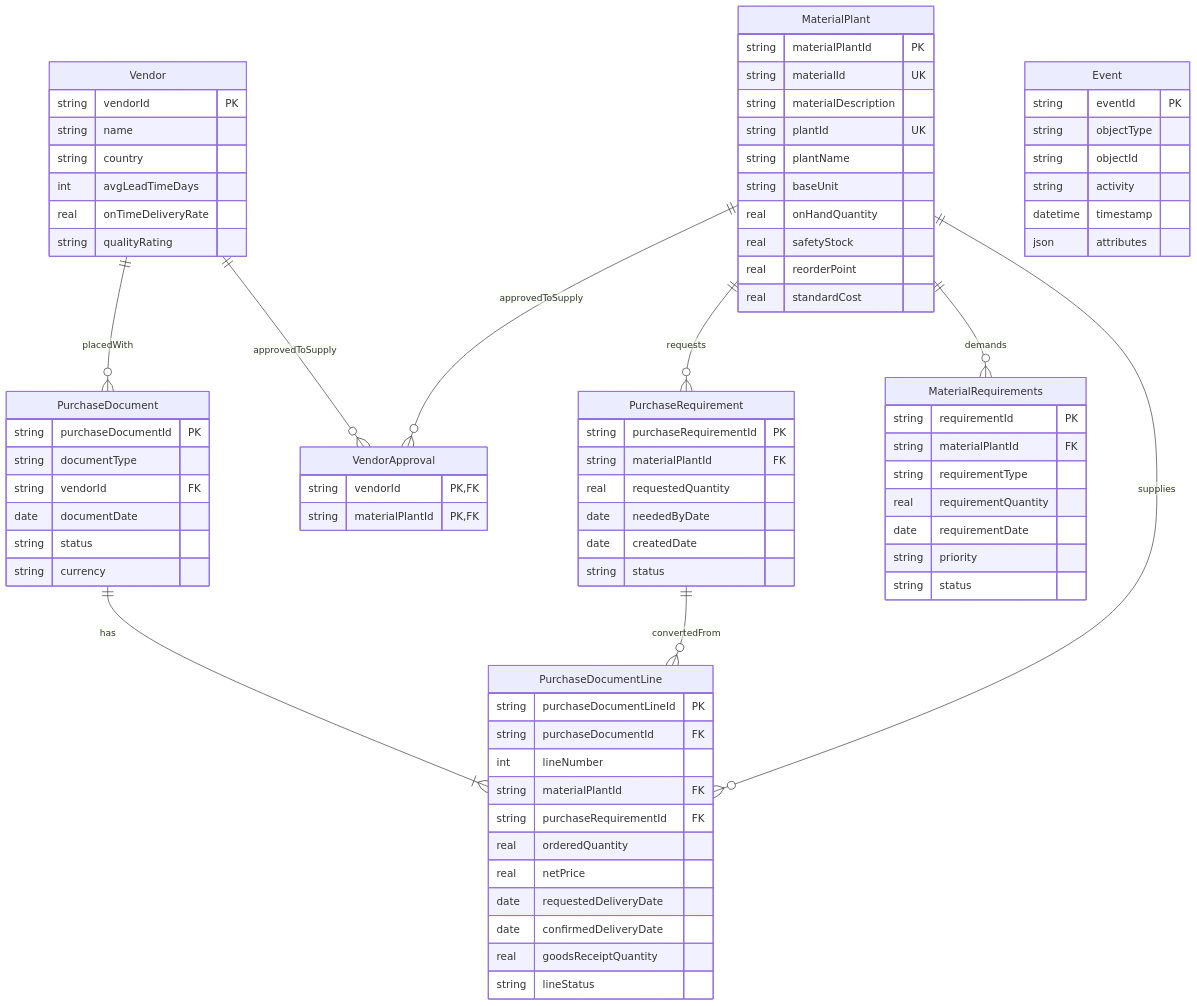
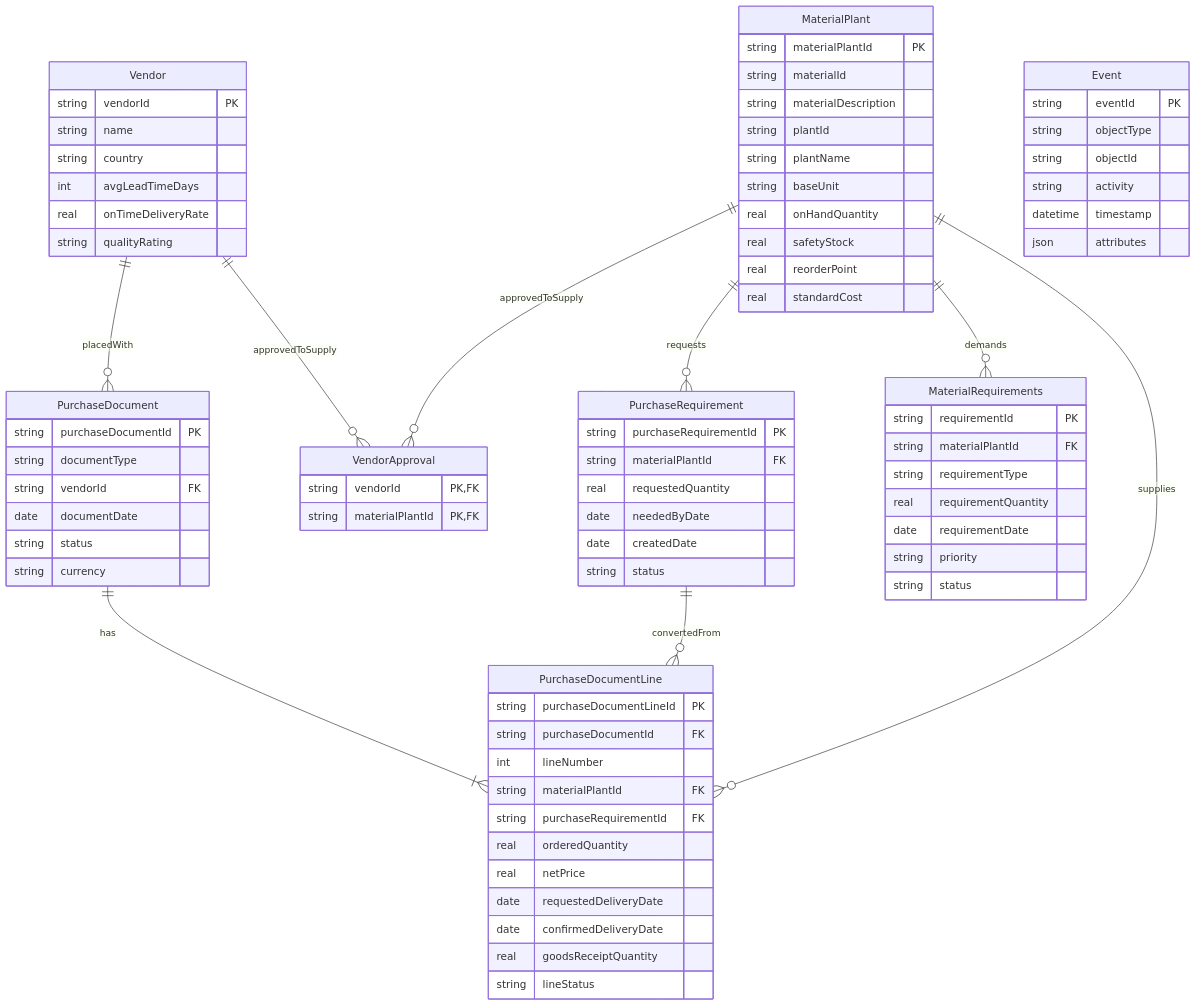
One commit to janakiram-pmt/celonis-context-engineer-janakiram changed the diagram in data-model/erd.md. Above: the diagram before and after it, drawn with Mermaid. The commit also changed other lines of this file and 3 other files, not shown here.

Commit message:
Harden relational model: FK-safe connect, schema tests, check boundary

````diff
--- a/data-model/erd.md
+++ b/data-model/erd.md
@@ -14,82 +14,82 @@
 ```mermaid
 erDiagram
     Vendor ||--o{ PurchaseDocument : "placedWith"
     Vendor ||--o{ VendorApproval : "approvedToSupply"
     MaterialPlant ||--o{ VendorApproval : "approvedToSupply"
     PurchaseDocument ||--|{ PurchaseDocumentLine : "has"
     PurchaseRequirement ||--o{ PurchaseDocumentLine : "convertedFrom"
     MaterialPlant ||--o{ PurchaseDocumentLine : "supplies"
     MaterialPlant ||--o{ PurchaseRequirement : "requests"
     MaterialPlant ||--o{ MaterialRequirements : "demands"
 
     Vendor {
         string vendorId PK
         string name
         string country
         int avgLeadTimeDays
         real onTimeDeliveryRate
         string qualityRating
     }
     VendorApproval {
         string vendorId PK,FK
         string materialPlantId PK,FK
     }
     MaterialPlant {
         string materialPlantId PK
-        string materialId UK
+        string materialId
         string materialDescription
-        string plantId UK
+        string plantId
         string plantName
         string baseUnit
         real onHandQuantity
         real safetyStock
         real reorderPoint
         real standardCost
     }
     MaterialRequirements {
         string requirementId PK
         string materialPlantId FK
         string requirementType
         real requirementQuantity
         date requirementDate
         string priority
         string status
     }
     PurchaseRequirement {
         string purchaseRequirementId PK
         string materialPlantId FK
         real requestedQuantity
         date neededByDate
         date createdDate
         string status
     }
     PurchaseDocument {
         string purchaseDocumentId PK
         string documentType
         string vendorId FK
         date documentDate
         string status
         string currency
     }
     PurchaseDocumentLine {
         string purchaseDocumentLineId PK
         string purchaseDocumentId FK
         int lineNumber
         string materialPlantId FK
         string purchaseRequirementId FK
         real orderedQuantity
         real netPrice
         date requestedDeliveryDate
         date confirmedDeliveryDate
         real goodsReceiptQuantity
         string lineStatus
     }
     Event {
         string eventId PK
         string objectType
         string objectId
         string activity
         datetime timestamp
         json attributes
     }
 ```
````
